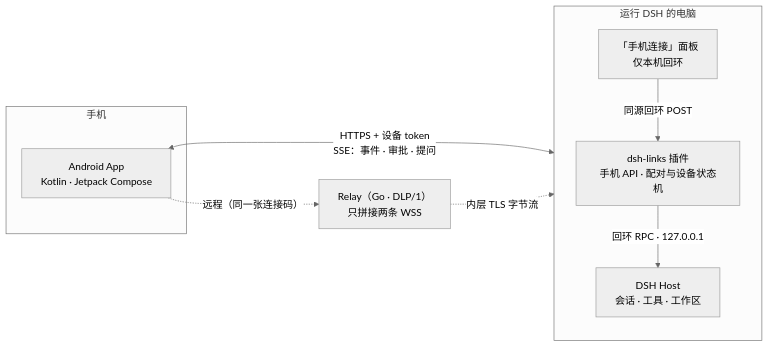
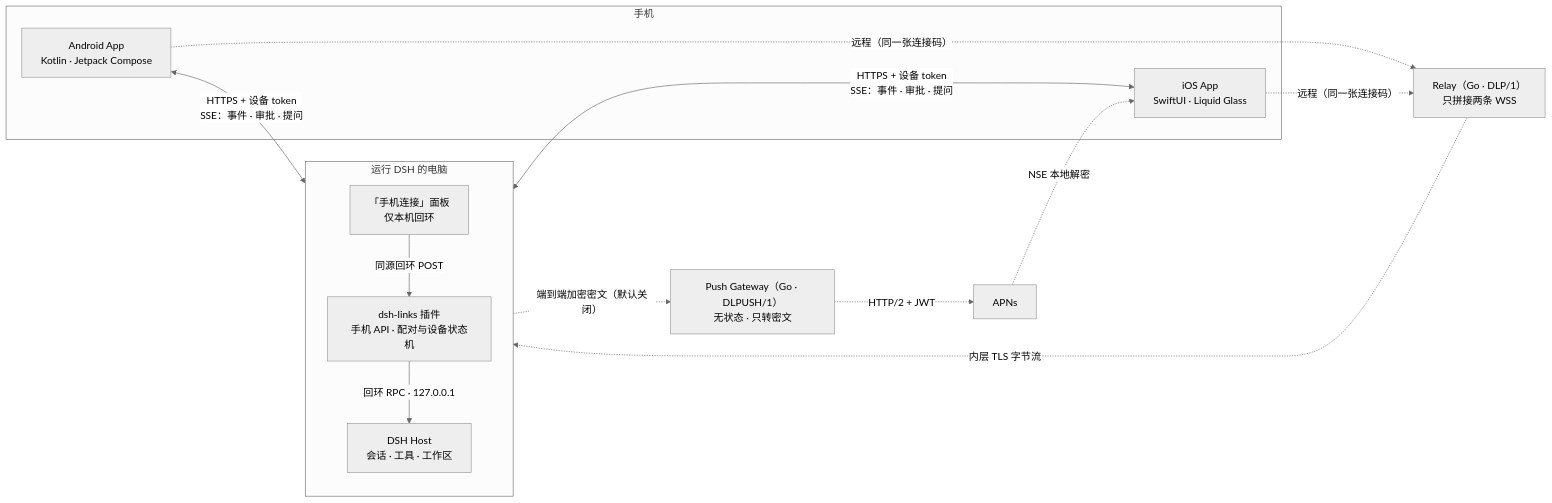
The diagram in README.md (lunaship/dsh-cetus), drawn with Mermaid (neutral theme) before and after one commit. The commit also changed other lines of this file, not shown here.

First line of the commit message:
docs(readme): 补 iOS 客户端与 DLPUSH/1 推送网关 (#188)

````diff
--- a/README.md
+++ b/README.md
@@ -158,21 +207,29 @@
 ```mermaid
 flowchart LR
     subgraph Phone ["手机"]
-        App["Android App<br/>Kotlin · Jetpack Compose"]
+        AppA["Android App<br/>Kotlin · Jetpack Compose"]
+        AppI["iOS App<br/>SwiftUI · Liquid Glass"]
     end
 
     subgraph Computer ["运行 DSH 的电脑"]
         direction TB
         Plugin["dsh-links 插件<br/>手机 API · 配对与设备状态机"]
         Panel["「手机连接」面板<br/>仅本机回环"]
         Host["DSH Host<br/>会话 · 工具 · 工作区"]
     end
 
     Relay["Relay（Go · DLP/1）<br/>只拼接两条 WSS"]
+    Push["Push Gateway（Go · DLPUSH/1）<br/>无状态 · 只转密文"]
+    APNs["APNs"]
 
-    App <-->|"HTTPS + 设备 token<br/>SSE：事件 · 审批 · 提问"| Plugin
+    AppA <-->|"HTTPS + 设备 token<br/>SSE：事件 · 审批 · 提问"| Plugin
+    AppI <-->|"HTTPS + 设备 token<br/>SSE：事件 · 审批 · 提问"| Plugin
     Panel -->|"同源回环 POST"| Plugin
     Plugin -->|"回环 RPC · 127.0.0.1"| Host
-    App -.->|"远程（同一张连接码）"| Relay
+    AppA -.->|"远程（同一张连接码）"| Relay
+    AppI -.->|"远程（同一张连接码）"| Relay
     Relay -.->|"内层 TLS 字节流"| Plugin
+    Plugin -.->|"端到端加密密文（默认关闭）"| Push
+    Push -.->|"HTTP/2 + JWT"| APNs
+    APNs -.->|"NSE 本地解密"| AppI
 ```
````
